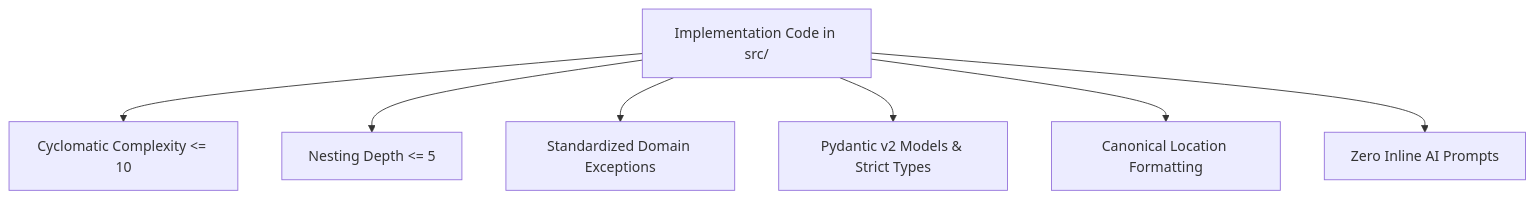
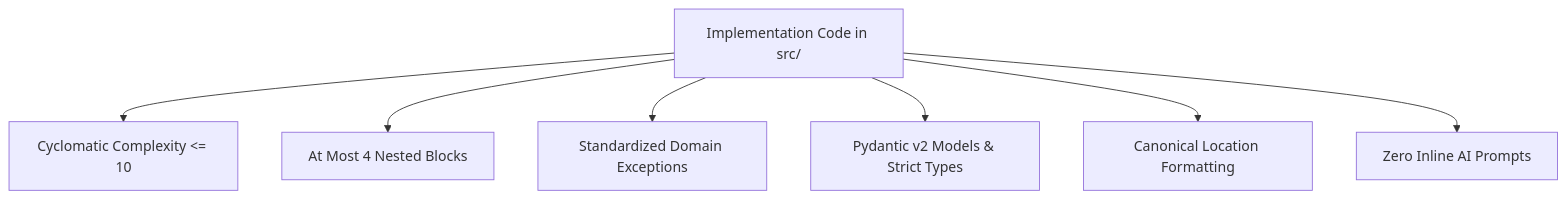
Before and after one commit to dan-petty/devops-cli: the fourth of 8 diagrams in docs/SDLC.md, drawn with Mermaid. The commit also changed other lines of this file and 22 other files, not shown here.

First line of the commit message:
ci(lint): delete the structural-invariants hook and the nesting figure that PLR1702 replaces

````diff
--- a/docs/SDLC.md
+++ b/docs/SDLC.md
@@ -108,9 +108,9 @@
 ```mermaid
 graph TD
     A[Implementation Code in src/] --> B[Cyclomatic Complexity <= 10]
-    A --> C[Nesting Depth <= 5]
+    A --> C[At Most 4 Nested Blocks]
     A --> D[Standardized Domain Exceptions]
     A --> E[Pydantic v2 Models & Strict Types]
     A --> F[Canonical Location Formatting]
     A --> G[Zero Inline AI Prompts]
 ```
````
